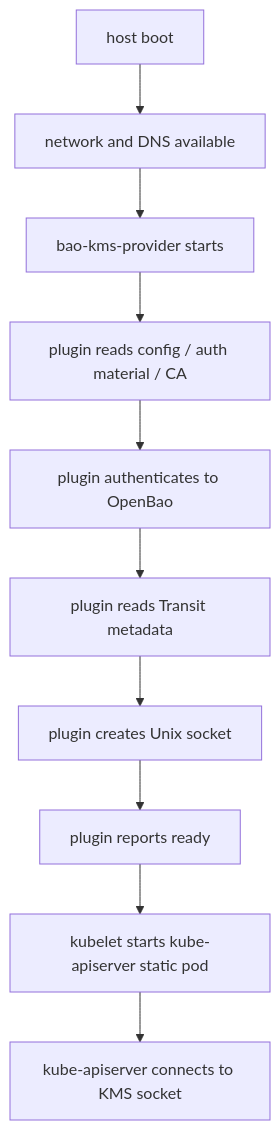
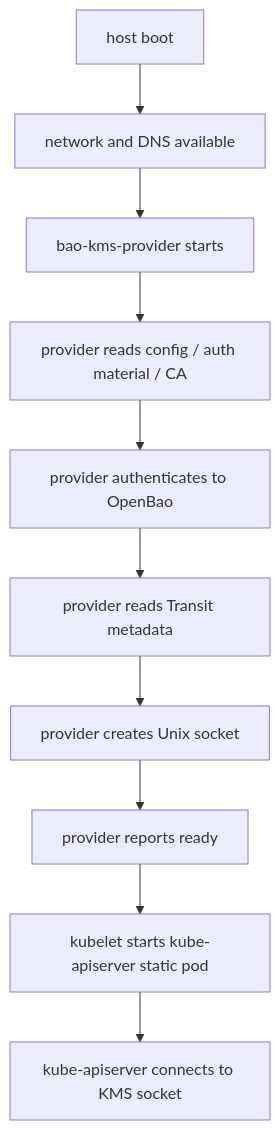
One commit to dc-tec/openbao-kubernetes-kms changed the fifth of 6 diagrams in docs/architecture/overview.md. Above: the diagram before and after it, drawn with Mermaid. The commit also changed other lines of this file and 68 other files, not shown here.

````diff
--- a/docs/architecture/overview.md
+++ b/docs/architecture/overview.md
@@ -222,15 +230,15 @@
 ```mermaid
 flowchart TD
     A["host boot"]
     B["network and DNS available"]
     C["bao-kms-provider starts"]
-    D["plugin reads config / auth material / CA"]
-    E["plugin authenticates to OpenBao"]
-    F["plugin reads Transit metadata"]
-    G["plugin creates Unix socket"]
-    H["plugin reports ready"]
+    D["provider reads config / auth material / CA"]
+    E["provider authenticates to OpenBao"]
+    F["provider reads Transit metadata"]
+    G["provider creates Unix socket"]
+    H["provider reports ready"]
     I["kubelet starts kube-apiserver static pod"]
     J["kube-apiserver connects to KMS socket"]
 
     A --> B --> C --> D --> E --> F --> G --> H --> I --> J
 ```
````
